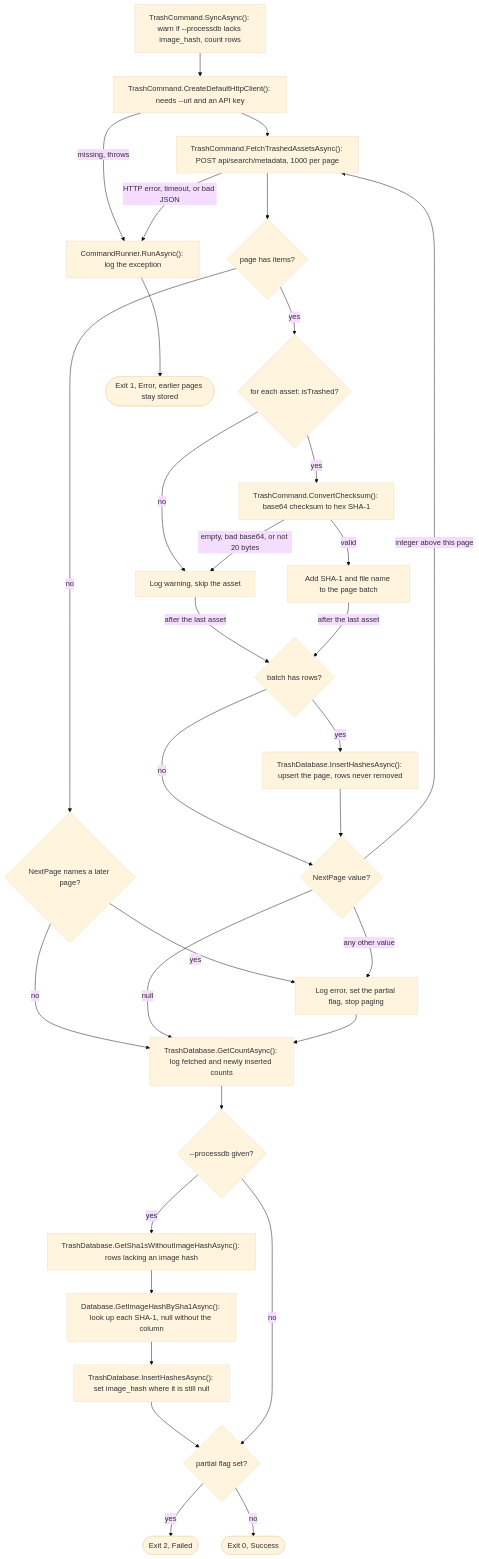
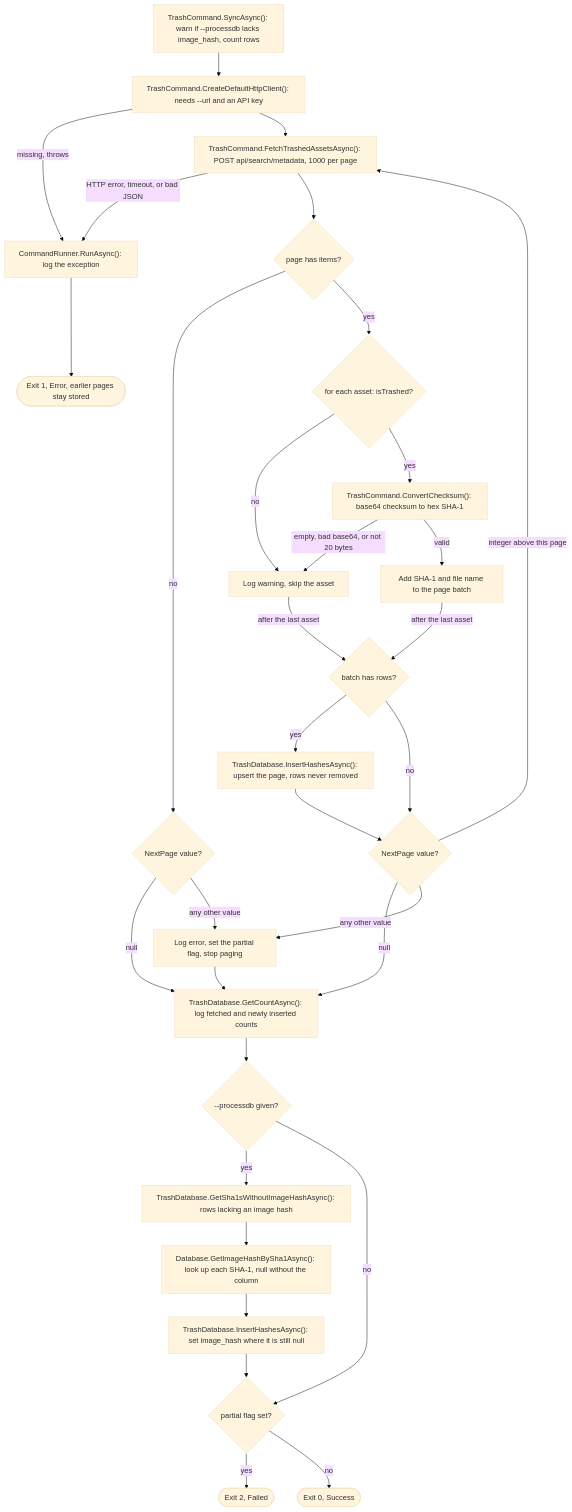
One commit to ptr727/PhotoCleaner changed diagram 17 of 23 in ARCHITECTURE.md. Above: the diagram before and after it, drawn with Mermaid (base theme). The commit also changed 1 other file, not shown here.

Commit message:
Align the Trash Flowchart and Log Assertions With the Empty-Page Rule

````diff
--- a/ARCHITECTURE.md
+++ b/ARCHITECTURE.md
@@ -928,36 +928,36 @@
 ```mermaid
 flowchart TD
   S1["TrashCommand.SyncAsync(): warn if --processdb lacks image_hash, count rows"] --> S2["TrashCommand.CreateDefaultHttpClient(): needs --url and an API key"]
   S2 -->|"missing, throws"| SE
   S2 --> S3["TrashCommand.FetchTrashedAssetsAsync(): POST api/search/metadata, 1000 per page"]
   S3 -->|"HTTP error, timeout, or bad JSON"| SE
   S3 --> S4{"page has items?"}
-  S4 -->|"no"| S5{"NextPage names a later page?"}
-  S5 -->|"yes"| S13
-  S5 -->|"no"| S14
+  S4 -->|"no"| S5{"NextPage value?"}
+  S5 -->|"null"| S14
+  S5 -->|"any other value"| S13
   S4 -->|"yes"| S6{"for each asset: isTrashed?"}
   S6 -->|"no"| S7["Log warning, skip the asset"]
   S6 -->|"yes"| S8["TrashCommand.ConvertChecksum(): base64 checksum to hex SHA-1"]
   S8 -->|"empty, bad base64, or not 20 bytes"| S7
   S8 -->|"valid"| S9["Add SHA-1 and file name to the page batch"]
   S7 -->|"after the last asset"| S10{"batch has rows?"}
   S9 -->|"after the last asset"| S10
   S10 -->|"yes"| S11["TrashDatabase.InsertHashesAsync(): upsert the page, rows never removed"]
   S10 -->|"no"| S12
   S11 --> S12{"NextPage value?"}
   S12 -->|"integer above this page"| S3
   S12 -->|"null"| S14
   S12 -->|"any other value"| S13["Log error, set the partial flag, stop paging"]
   S13 --> S14
   S14["TrashDatabase.GetCountAsync(): log fetched and newly inserted counts"]
   S14 --> S15{"--processdb given?"}
   S15 -->|"yes"| S16["TrashDatabase.GetSha1sWithoutImageHashAsync(): rows lacking an image hash"]
   S16 --> S17["Database.GetImageHashBySha1Async(): look up each SHA-1, null without the column"]
   S17 --> S18["TrashDatabase.InsertHashesAsync(): set image_hash where it is still null"]
   S18 --> S19
   S15 -->|"no"| S19{"partial flag set?"}
   S19 -->|"yes"| S20(["Exit 2, Failed"])
   S19 -->|"no"| S21(["Exit 0, Success"])
   SE["CommandRunner.RunAsync(): log the exception"] --> S22(["Exit 1, Error, earlier pages stay stored"])
   classDef suspect stroke:#c00,stroke-width:2px,stroke-dasharray:5 3
 ```
````
